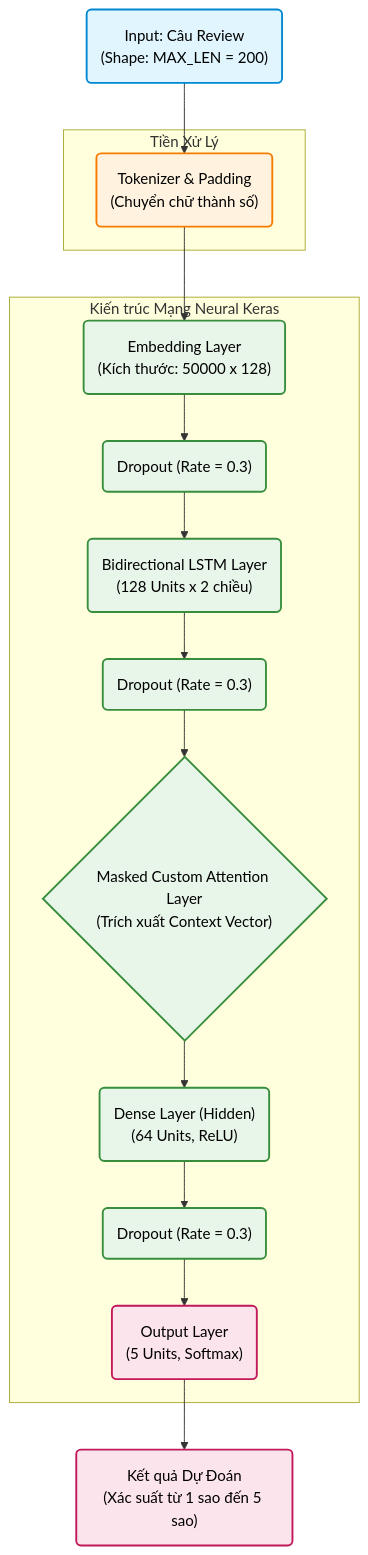
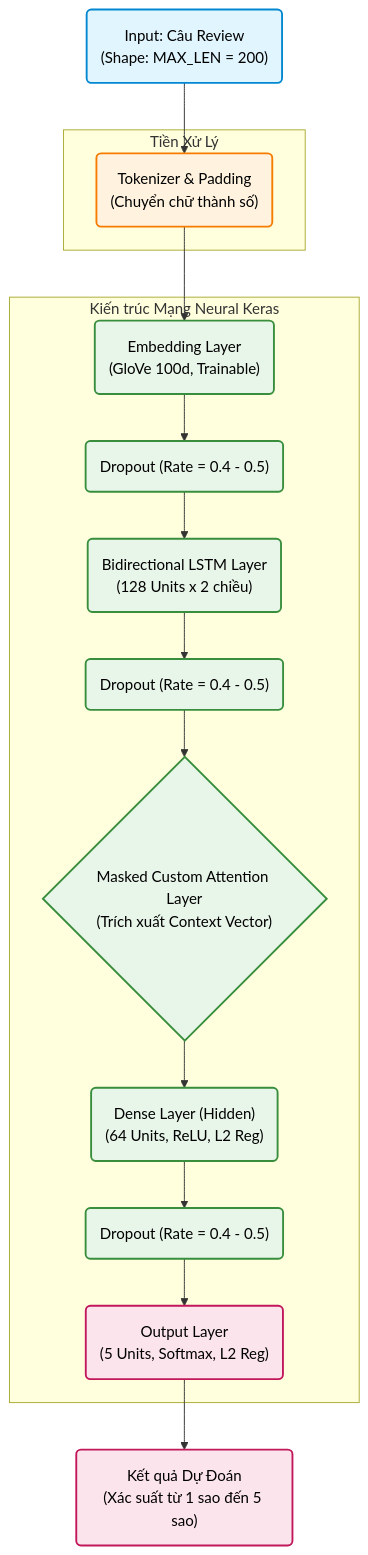
One commit to nguyenphongg233/BiLSTMnAttention-For-Sentiment-Analysis changed the diagram in BiLSTMAttention/Architecture.md. Above: the diagram before and after it, drawn with Mermaid. The commit also changed other lines of this file and 14 other files, not shown here.

Commit message:
feat: export model training logs, classification reports, and saved models for RNN, Transformer, and BiLSTM architectures.

````diff
--- a/BiLSTMAttention/Architecture.md
+++ b/BiLSTMAttention/Architecture.md
@@ -5,50 +5,50 @@
 ```mermaid
 graph TD
     %% Định nghĩa các Style để biểu đồ đẹp hơn
     classDef input fill:#e1f5fe,stroke:#0288d1,stroke-width:2px,color:#000
     classDef processing fill:#fff3e0,stroke:#f57c00,stroke-width:2px,color:#000
     classDef core fill:#e8f5e9,stroke:#388e3c,stroke-width:2px,color:#000
     classDef output fill:#fce4ec,stroke:#c2185b,stroke-width:2px,color:#000
 
     %% Các khối chính
     A("Input: Câu Review <br>(Shape: MAX_LEN = 200)")
     
     subgraph tien_xu_ly [Tiền Xử Lý]
         B("Tokenizer & Padding<br>(Chuyển chữ thành số)")
     end
     
     subgraph neural_network [Kiến trúc Mạng Neural Keras]
-        C("Embedding Layer<br>(Kích thước: 50000 x 128)")
-        Drop1("Dropout (Rate = 0.3)")
+        C("Embedding Layer<br>(GloVe 100d, Trainable)")
+        Drop1("Dropout (Rate = 0.4 - 0.5)")
         
         D("Bidirectional LSTM Layer<br>(128 Units x 2 chiều)")
-        Drop2("Dropout (Rate = 0.3)")
+        Drop2("Dropout (Rate = 0.4 - 0.5)")
         
         E{"Masked Custom Attention Layer<br>(Trích xuất Context Vector)"}
         
-        F("Dense Layer (Hidden)<br>(64 Units, ReLU)")
-        Drop3("Dropout (Rate = 0.3)")
+        F("Dense Layer (Hidden)<br>(64 Units, ReLU, L2 Reg)")
+        Drop3("Dropout (Rate = 0.4 - 0.5)")
         
-        G("Output Layer<br>(5 Units, Softmax)")
+        G("Output Layer<br>(5 Units, Softmax, L2 Reg)")
     end
     
     H("Kết quả Dự Đoán<br>(Xác suất từ 1 sao đến 5 sao)")
 
     %% Luồng dữ liệu
     A --> B
     B --> C
     C --> Drop1
     Drop1 --> D
     D --> Drop2
     Drop2 --> E
     E --> F
     F --> Drop3
     Drop3 --> G
     G --> H
 
     %% Gán Style
     class A input
     class B processing
     class C,Drop1,D,Drop2,E,F,Drop3 core
     class G,H output
 ```
````
